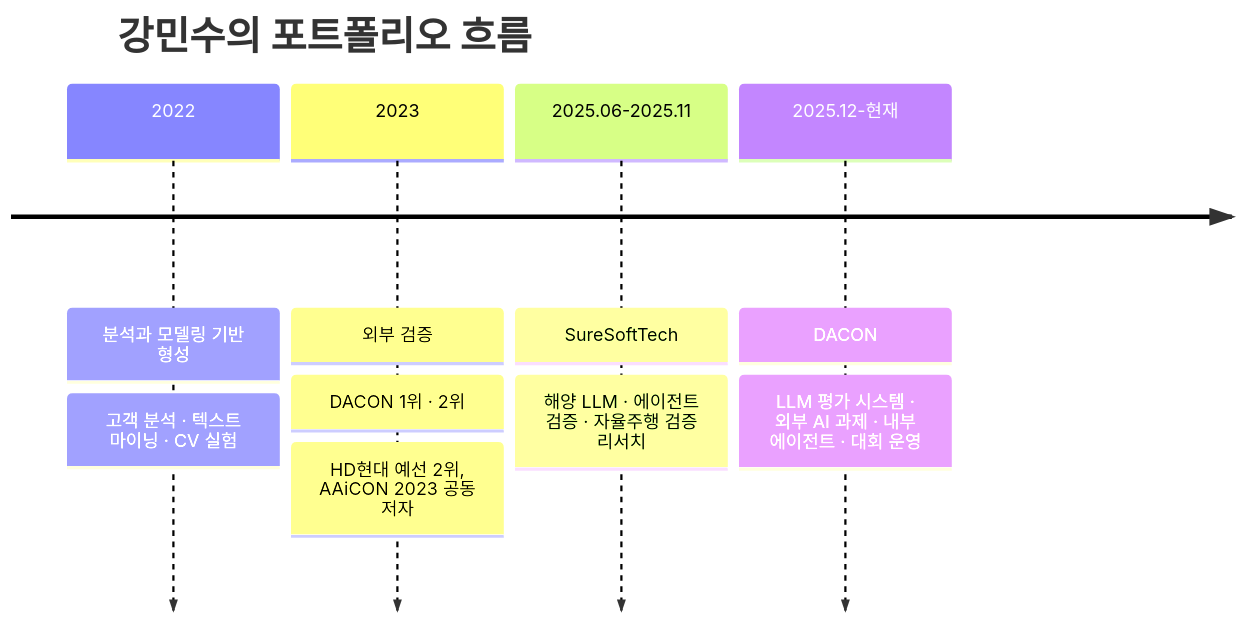
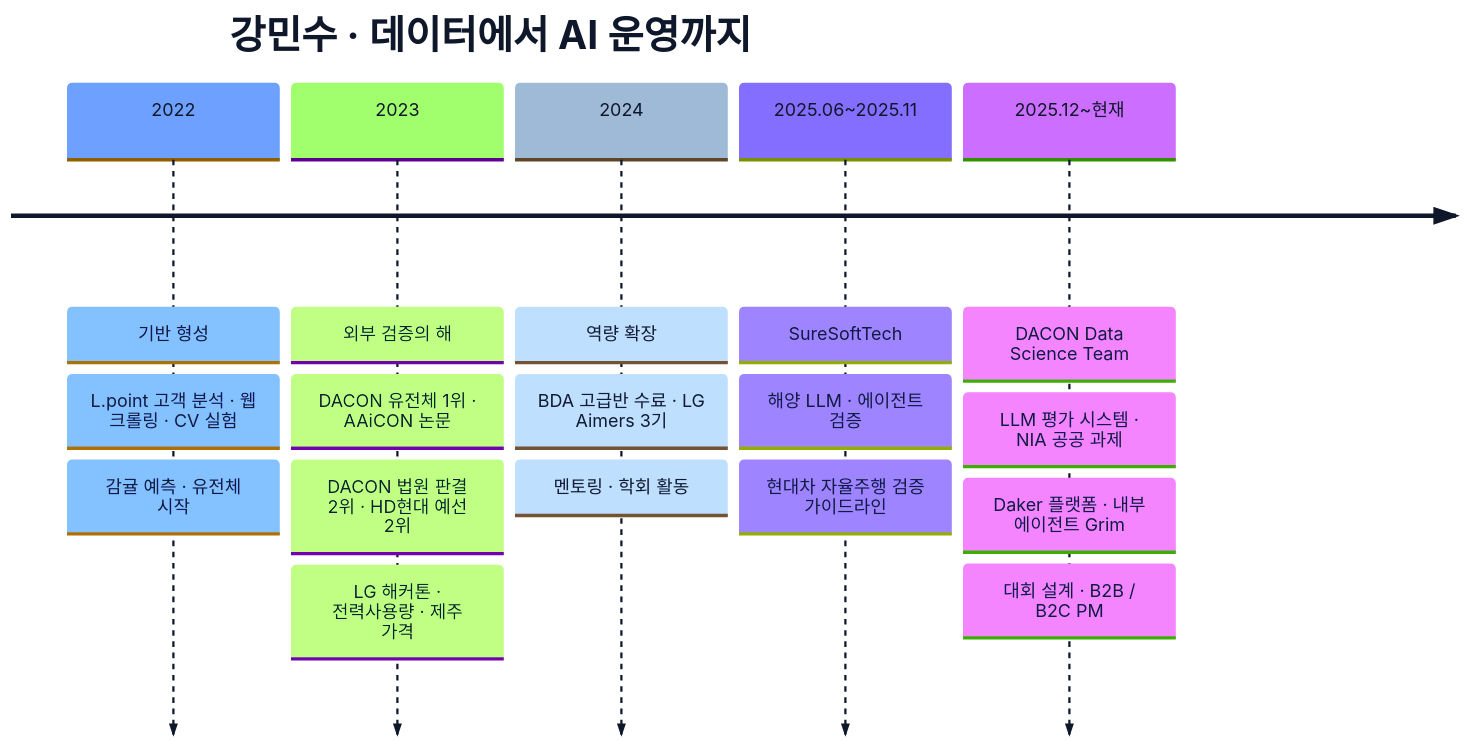
One commit to Minsu5452/Minsu5452 changed the diagram in README.md. Above: the diagram before and after it, drawn with Mermaid. The commit also changed other lines of this file, not shown here.

````diff
--- a/README.md
+++ b/README.md
@@ -68,13 +306,28 @@
 ```mermaid
+%%{init: {'theme':'base','themeVariables':{
+  'primaryColor':'#EEF4FF',
+  'primaryTextColor':'#0F172A',
+  'primaryBorderColor':'#3366FF',
+  'lineColor':'#94A3B8',
+  'tertiaryColor':'#F8FAFC'
+}}}%%
 timeline
-    title 강민수의 포트폴리오 흐름
-    2022 : 분석과 모델링 기반 형성
-         : 고객 분석 · 텍스트 마이닝 · CV 실험
-    2023 : 외부 검증
-         : DACON 1위 · 2위
-         : HD현대 예선 2위, AAiCON 2023 공동 저자
-    2025.06-2025.11 : SureSoftTech
-                    : 해양 LLM · 에이전트 검증 · 자율주행 검증 리서치
-    2025.12-현재 : DACON
-                 : LLM 평가 시스템 · 외부 AI 과제 · 내부 에이전트 · 대회 운영
+    title 강민수 · 데이터에서 AI 운영까지
+    2022 : 기반 형성
+         : L.point 고객 분석 · 웹 크롤링 · CV 실험
+         : 감귤 예측 · 유전체 시작
+    2023 : 외부 검증의 해
+         : DACON 유전체 1위 · AAiCON 논문
+         : DACON 법원 판결 2위 · HD현대 예선 2위
+         : LG 해커톤 · 전력사용량 · 제주 가격
+    2024 : 역량 확장
+         : BDA 고급반 수료 · LG Aimers 3기
+         : 멘토링 · 학회 활동
+    2025.06~2025.11 : SureSoftTech
+         : 해양 LLM · 에이전트 검증
+         : 현대차 자율주행 검증 가이드라인
+    2025.12~현재 : DACON Data Science Team
+         : LLM 평가 시스템 · NIA 공공 과제
+         : Daker 플랫폼 · 내부 에이전트 Grim
+         : 대회 설계 · B2B / B2C PM
 ```
````
